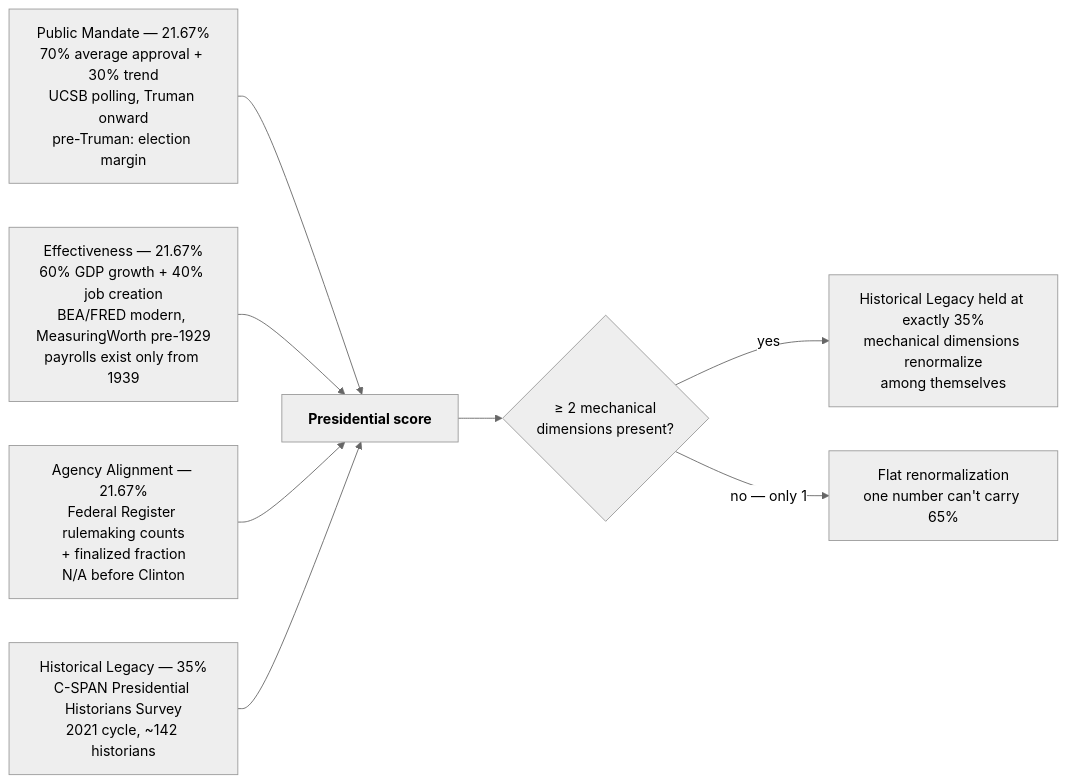
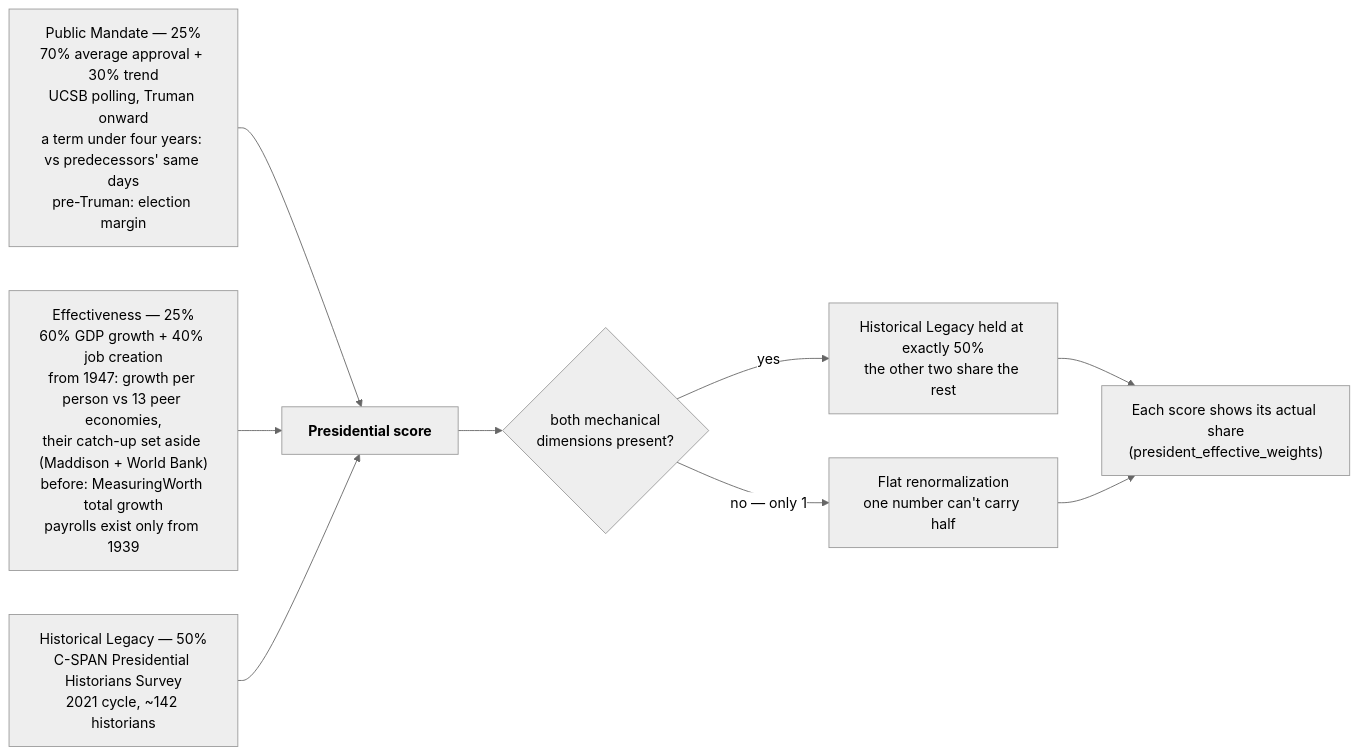
Before and after one commit to kamoras/civitas: the second of 3 diagrams in docs/diagrams/05-scoring.md, drawn with Mermaid (neutral theme). The commit also changed other lines of this file and 44 other files, not shown here.

First line of the commit message:
President v7 + v8: historians 50%, Agency Alignment removed, short terms over their own days; postwar GDP vs peer economies (#831)

````diff
--- a/docs/diagrams/05-scoring.md
+++ b/docs/diagrams/05-scoring.md
@@ -73,16 +73,16 @@
 ```mermaid
 flowchart LR
-    PM["Public Mandate — 21.67%<br/>70% average approval + 30% trend<br/>UCSB polling, Truman onward<br/>pre-Truman: election margin"]
-    EFF["Effectiveness — 21.67%<br/>60% GDP growth + 40% job creation<br/>BEA/FRED modern, MeasuringWorth pre-1929<br/>payrolls exist only from 1939"]
-    AA["Agency Alignment — 21.67%<br/>Federal Register rulemaking counts<br/>+ finalized fraction<br/>N/A before Clinton"]
-    HL["Historical Legacy — 35%<br/>C-SPAN Presidential Historians Survey<br/>2021 cycle, ~142 historians"]
+    PM["Public Mandate — 25%<br/>70% average approval + 30% trend<br/>UCSB polling, Truman onward<br/>a term under four years: vs predecessors' same days<br/>pre-Truman: election margin"]
+    EFF["Effectiveness — 25%<br/>60% GDP growth + 40% job creation<br/>from 1947: growth per person vs 13 peer economies,<br/>their catch-up set aside (Maddison + World Bank)<br/>before: MeasuringWorth total growth<br/>payrolls exist only from 1939"]
+    HL["Historical Legacy — 50%<br/>C-SPAN Presidential Historians Survey<br/>2021 cycle, ~142 historians"]
 
     PM --> OVR["<b>Presidential score</b>"]
     EFF --> OVR
-    AA --> OVR
     HL --> OVR
 
-    OVR --> RENORM{"≥ 2 mechanical<br/>dimensions present?"}
-    RENORM -->|yes| HOLD["Historical Legacy held at exactly 35%<br/>mechanical dimensions renormalize<br/>among themselves"]
-    RENORM -->|"no — only 1"| FLAT["Flat renormalization<br/>one number can't carry 65%"]
+    OVR --> RENORM{"both mechanical<br/>dimensions present?"}
+    RENORM -->|yes| HOLD["Historical Legacy held at exactly 50%<br/>the other two share the rest"]
+    RENORM -->|"no — only 1"| FLAT["Flat renormalization<br/>one number can't carry half"]
+    HOLD --> SHOWN["Each score shows its actual share<br/>(president_effective_weights)"]
+    FLAT --> SHOWN
 ```
````
